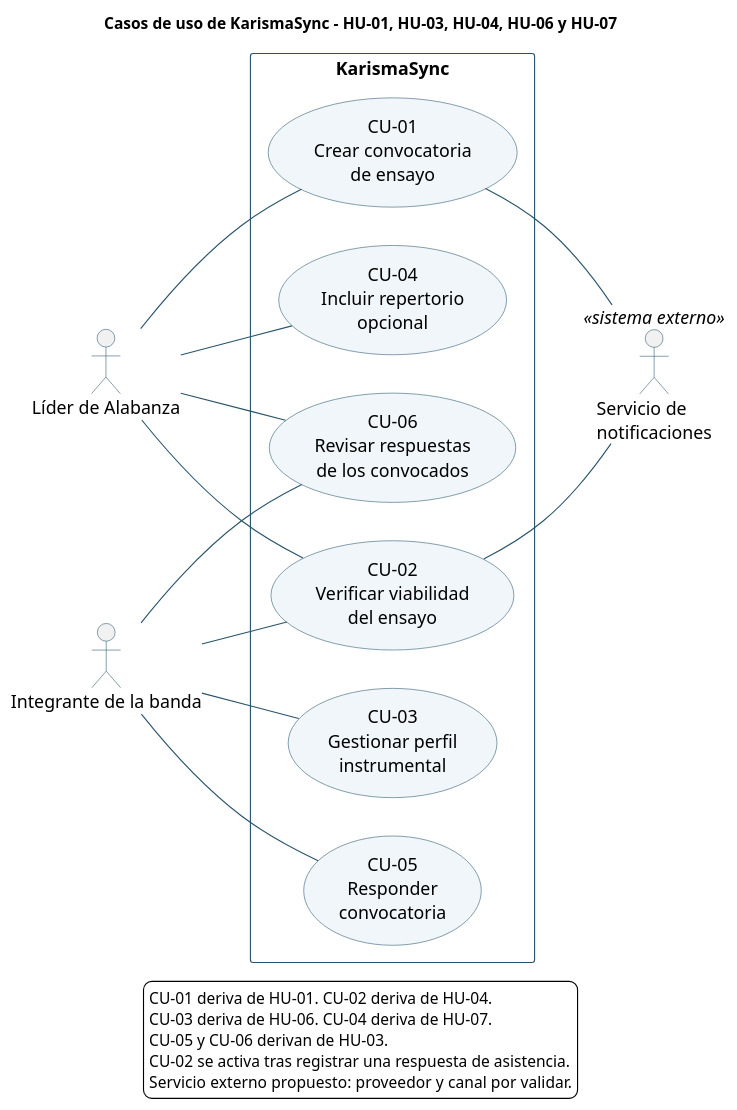
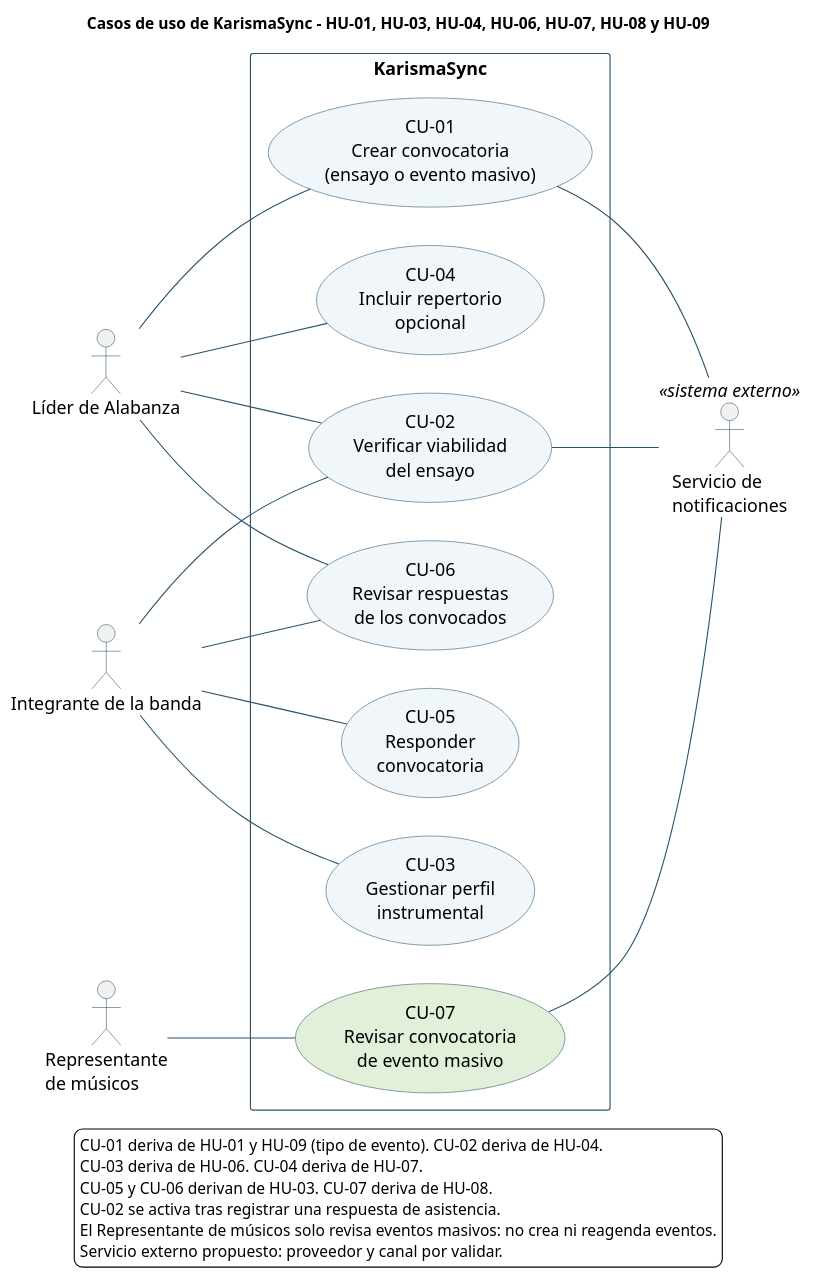
The diagram in diagramas/casos-de-uso.puml (Ayiness/KarismaSync), drawn with PlantUML before and after one commit. The commit also changed 15 other files, not shown here.

First line of the commit message:
Evaluación 2: evento masivo y Representante de músicos

```diff
--- a/diagramas/casos-de-uso.puml
+++ b/diagramas/casos-de-uso.puml
@@ -1,50 +1,56 @@
 @startuml
-title Casos de uso de KarismaSync - HU-01, HU-03, HU-04, HU-06 y HU-07
+title Casos de uso de KarismaSync - HU-01, HU-03, HU-04, HU-06, HU-07, HU-08 y HU-09
 left to right direction
 skinparam backgroundColor white
 skinparam shadowing false
 skinparam defaultFontName SansSerif
 skinparam defaultFontSize 16
 skinparam ArrowColor #28536B
 skinparam actorBorderColor #28536B
 skinparam usecaseBorderColor #28536B
 skinparam usecaseBackgroundColor #F0F6FA
 skinparam rectangleBorderColor #28536B
 skinparam noteBackgroundColor #FFF8DE
 skinparam noteBorderColor #BBA46B
 
 actor "Líder de Alabanza" as Lider
 actor "Integrante de la banda" as Integrante
+actor "Representante\nde músicos" as Representante
 actor "Servicio de\nnotificaciones" as Notificaciones <<sistema externo>>
 
 rectangle "KarismaSync" {
-  usecase "CU-01\nCrear convocatoria\nde ensayo" as CU01
+  usecase "CU-01\nCrear convocatoria\n(ensayo o evento masivo)" as CU01
   usecase "CU-02\nVerificar viabilidad\ndel ensayo" as CU02
   usecase "CU-03\nGestionar perfil\ninstrumental" as CU03
   usecase "CU-04\nIncluir repertorio\nopcional" as CU04
   usecase "CU-05\nResponder\nconvocatoria" as CU05
   usecase "CU-06\nRevisar respuestas\nde los convocados" as CU06
+  usecase "CU-07\nRevisar convocatoria\nde evento masivo" as CU07 #E2F0D9
 }
 
 Lider -- CU01
 CU01 -- Notificaciones
 
 Lider -- CU02
 Integrante -- CU02
 CU02 -- Notificaciones
 
 Integrante -- CU03
 Lider -- CU04
 
 Integrante -- CU05
 Lider -- CU06
 Integrante -- CU06
 
+Representante -- CU07
+CU07 -- Notificaciones
+
 legend bottom
-  CU-01 deriva de HU-01. CU-02 deriva de HU-04.
+  CU-01 deriva de HU-01 y HU-09 (tipo de evento). CU-02 deriva de HU-04.
   CU-03 deriva de HU-06. CU-04 deriva de HU-07.
-  CU-05 y CU-06 derivan de HU-03.
+  CU-05 y CU-06 derivan de HU-03. CU-07 deriva de HU-08.
   CU-02 se activa tras registrar una respuesta de asistencia.
+  El Representante de músicos solo revisa eventos masivos: no crea ni reagenda eventos.
   Servicio externo propuesto: proveedor y canal por validar.
 endlegend
 @enduml
```
